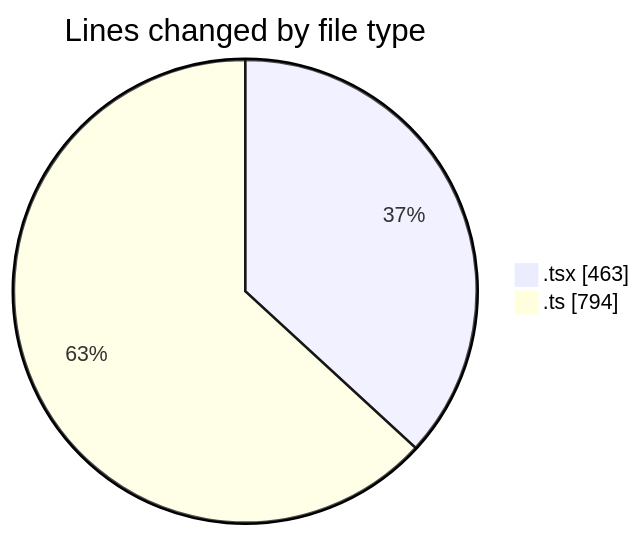
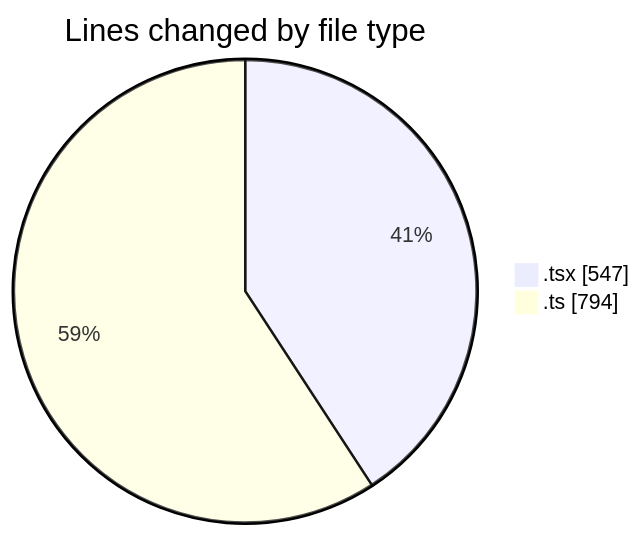
Before and after one commit to julien-gomy/code-tracking: the first of 2 diagrams in 2025-10-14/eventscop-frontend-guide__workspace_/README.md, drawn with Mermaid. The commit also changed other lines of this file and 1 other file, not shown here.

````diff
--- a/2025-10-14/eventscop-frontend-guide__workspace_/README.md
+++ b/2025-10-14/eventscop-frontend-guide__workspace_/README.md
@@ -27,6 +28,6 @@
 ```mermaid
 pie showData
 title Lines changed by file type
-".tsx" : 463
+".tsx" : 547
 ".ts" : 794
 ```
````
